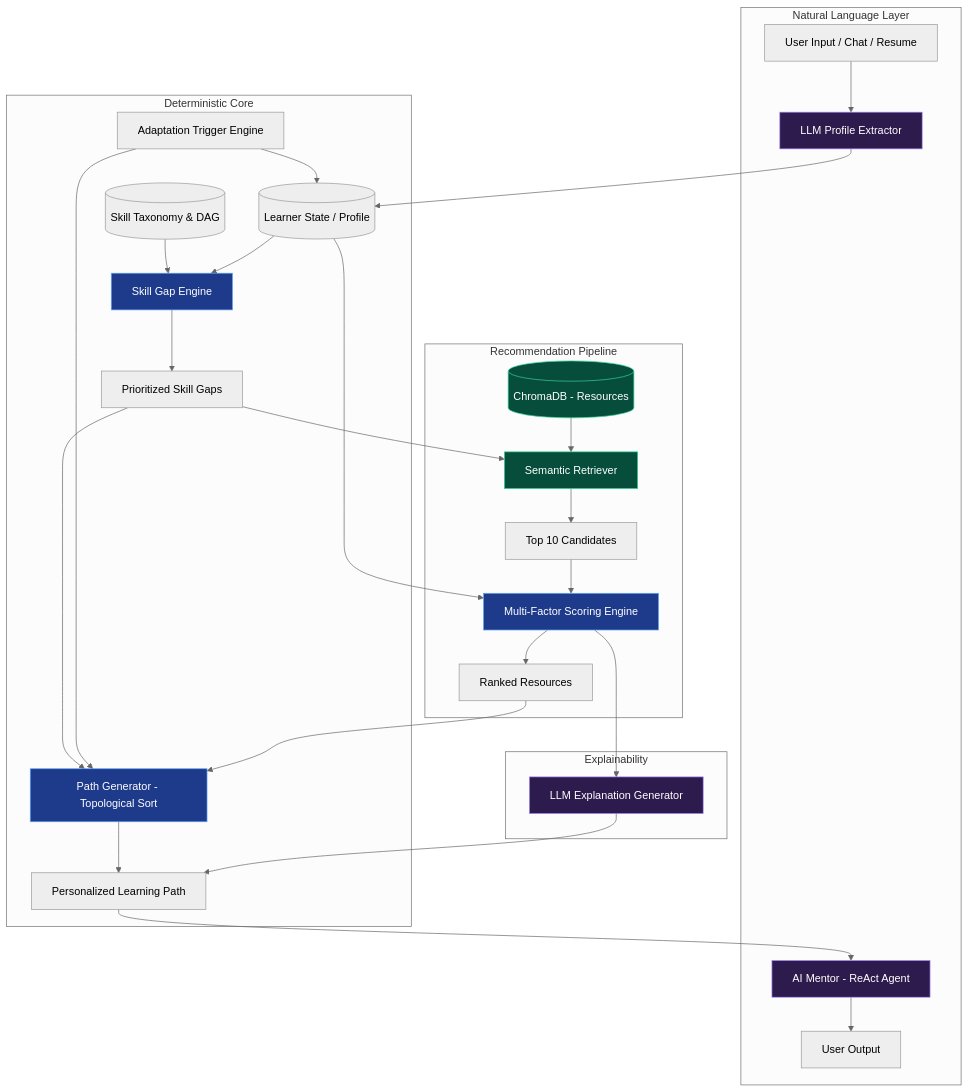
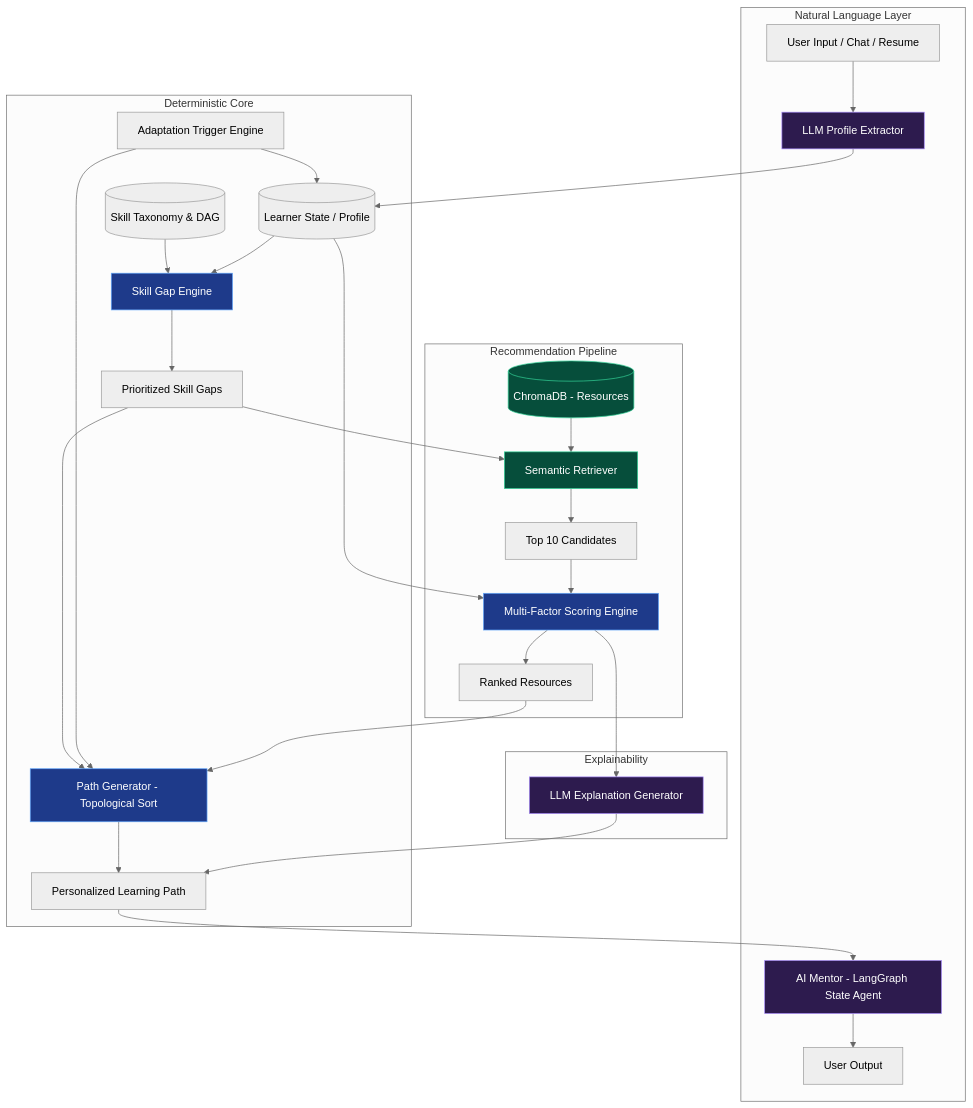
One commit to KeerthiYarashi/PathFinder changed the diagram in AIML_Architecture_PathFinder.md. Above: the diagram before and after it, drawn with Mermaid (neutral theme). The commit also changed other lines of this file and 3 other files, not shown here.

Commit message:
Update architecture, specs, and roadmap documents

````diff
--- a/AIML_Architecture_PathFinder.md
+++ b/AIML_Architecture_PathFinder.md
@@ -176,48 +176,48 @@
 ```mermaid
 graph TD
     subgraph Natural Language Layer
         UI[User Input / Chat / Resume] --> Extractor[LLM Profile Extractor]
-        Mentor[AI Mentor - ReAct Agent] --> UO[User Output]
+        Mentor[AI Mentor - LangGraph State Agent] --> UO[User Output]
     end
 
     subgraph Deterministic Core
         Extractor --> LState[(Learner State / Profile)]
         Tax[(Skill Taxonomy & DAG)] --> SGE[Skill Gap Engine]
         LState --> SGE
         SGE --> PriorityGaps[Prioritized Skill Gaps]
         
         PriorityGaps --> PathGen[Path Generator - Topological Sort]
         PathGen --> FinalPath[Personalized Learning Path]
         
         Adapt[Adaptation Trigger Engine] --> LState
         Adapt --> PathGen
     end
 
     subgraph Recommendation Pipeline
         PriorityGaps --> Retriever[Semantic Retriever]
         VDB[(ChromaDB - Resources)] --> Retriever
         Retriever --> Candidates[Top 10 Candidates]
         
         Candidates --> Scorer[Multi-Factor Scoring Engine]
         LState --> Scorer
         Scorer --> Ranked[Ranked Resources]
         Ranked --> PathGen
     end
 
     subgraph Explainability
         Scorer --> Explainer[LLM Explanation Generator]
         Explainer --> FinalPath
         FinalPath --> Mentor
     end
     
     style Extractor fill:#2d1b4e,stroke:#a78bfa,color:#fff
     style Mentor fill:#2d1b4e,stroke:#a78bfa,color:#fff
     style Explainer fill:#2d1b4e,stroke:#a78bfa,color:#fff
     
     style SGE fill:#1e3a8a,stroke:#60a5fa,color:#fff
     style PathGen fill:#1e3a8a,stroke:#60a5fa,color:#fff
     style Scorer fill:#1e3a8a,stroke:#60a5fa,color:#fff
     
     style VDB fill:#064e3b,stroke:#34d399,color:#fff
     style Retriever fill:#064e3b,stroke:#34d399,color:#fff
 ```
````
